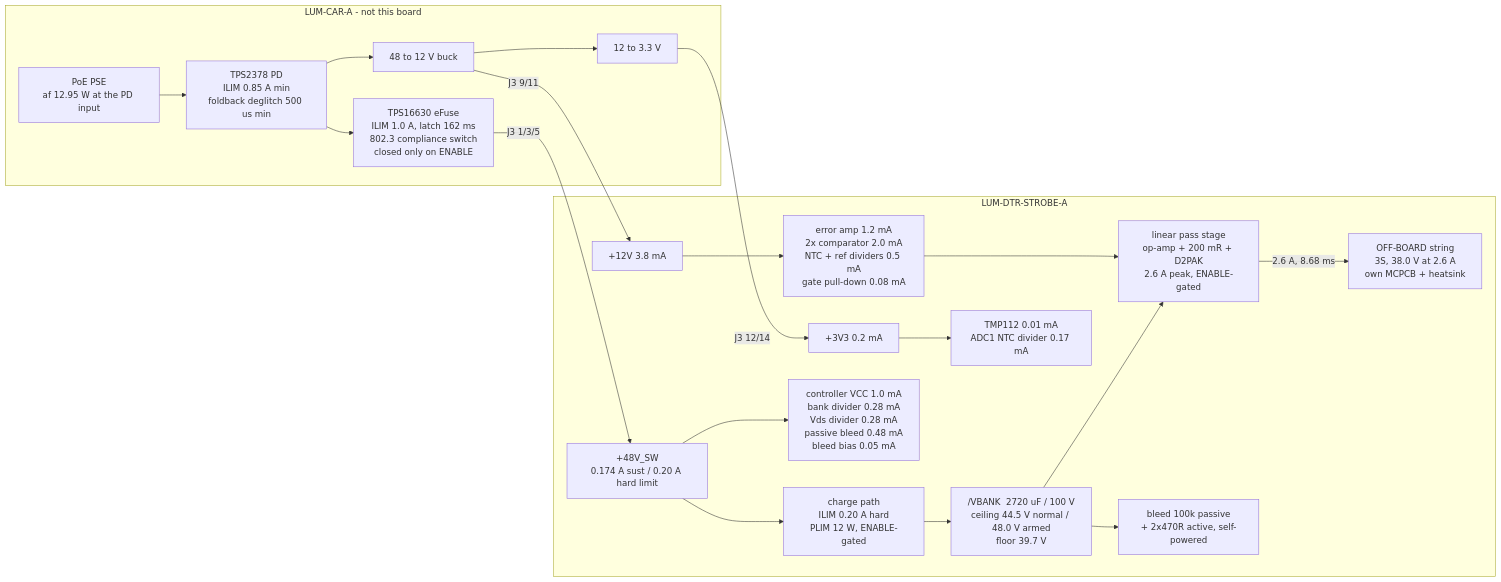
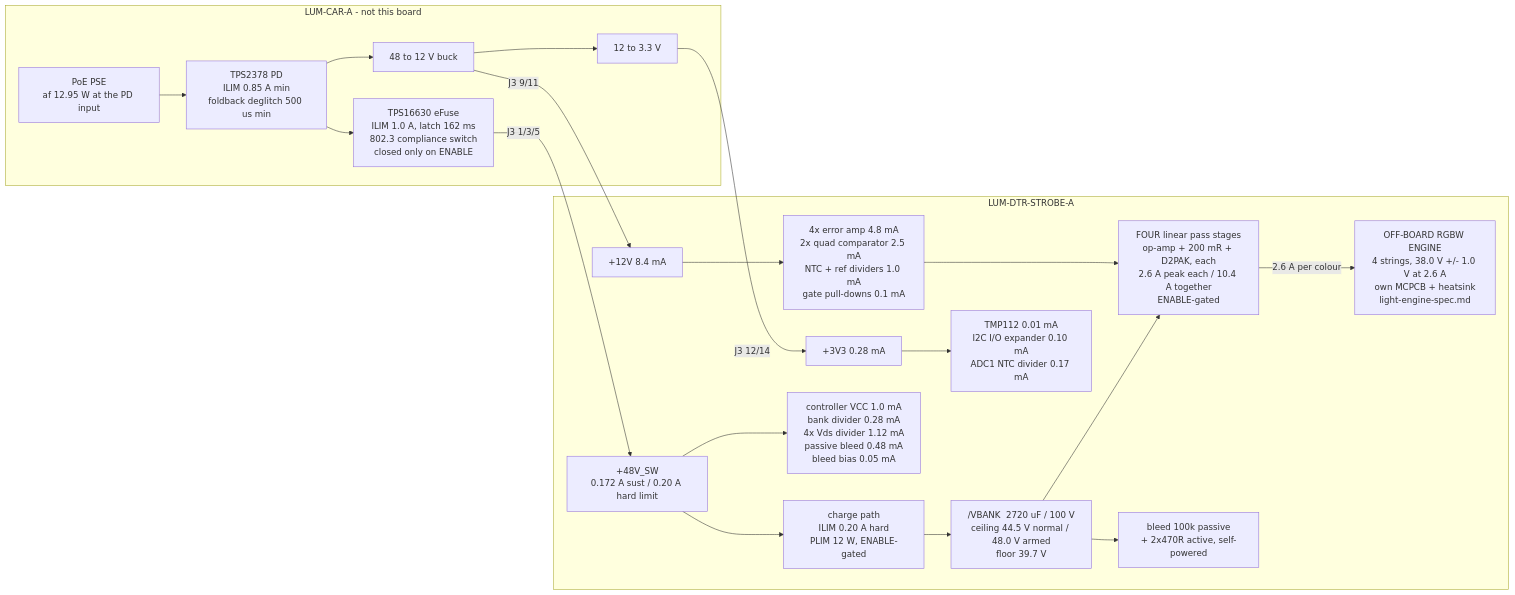
One commit to ihsan-sa/hwde changed the diagram in boards/lumina-strobe/architecture/power_tree.md. Above: the diagram before and after it, drawn with Mermaid. The commit also changed other lines of this file and 8 other files, not shown here.

First line of the commit message:
ai-ee lumina-strobe: P2 rev B (RGBW) + light-engine spec + P3 parts.json

````diff
--- a/boards/lumina-strobe/architecture/power_tree.md
+++ b/boards/lumina-strobe/architecture/power_tree.md
@@ -40,23 +54,23 @@
 ```mermaid
 flowchart LR
   subgraph CAR["LUM-CAR-A - not this board"]
     PSE["PoE PSE<br/>af 12.95 W at the PD input"] --> PD["TPS2378 PD<br/>ILIM 0.85 A min<br/>foldback deglitch 500 us min"]
     PD --> EF["TPS16630 eFuse<br/>ILIM 1.0 A, latch 162 ms<br/>802.3 compliance switch<br/>closed only on ENABLE"]
     PD --> BK["48 to 12 V buck"]
     BK --> R33["12 to 3.3 V"]
   end
-  EF -->|"J3 1/3/5"| N48["+48V_SW<br/>0.174 A sust / 0.20 A hard limit"]
-  BK -->|"J3 9/11"| N12["+12V  3.8 mA"]
-  R33 -->|"J3 12/14"| N33["+3V3  0.2 mA"]
+  EF -->|"J3 1/3/5"| N48["+48V_SW<br/>0.172 A sust / 0.20 A hard limit"]
+  BK -->|"J3 9/11"| N12["+12V  8.4 mA"]
+  R33 -->|"J3 12/14"| N33["+3V3  0.28 mA"]
   subgraph DTR["LUM-DTR-STROBE-A"]
     N48 --> CHG["charge path<br/>ILIM 0.20 A hard<br/>PLIM 12 W, ENABLE-gated"]
-    N48 --> HK48["controller VCC 1.0 mA<br/>bank divider 0.28 mA<br/>Vds divider 0.28 mA<br/>passive bleed 0.48 mA<br/>bleed bias 0.05 mA"]
+    N48 --> HK48["controller VCC 1.0 mA<br/>bank divider 0.28 mA<br/>4x Vds divider 1.12 mA<br/>passive bleed 0.48 mA<br/>bleed bias 0.05 mA"]
     CHG --> BANK["/VBANK  2720 uF / 100 V<br/>ceiling 44.5 V normal / 48.0 V armed<br/>floor 39.7 V"]
-    BANK --> PASS["linear pass stage<br/>op-amp + 200 mR + D2PAK<br/>2.6 A peak, ENABLE-gated"]
+    BANK --> PASS["FOUR linear pass stages<br/>op-amp + 200 mR + D2PAK, each<br/>2.6 A peak each / 10.4 A together<br/>ENABLE-gated"]
     BANK --> BLEED["bleed 100k passive<br/>+ 2x470R active, self-powered"]
-    PASS -->|"2.6 A, 8.68 ms"| LEDS["OFF-BOARD string<br/>3S, 38.0 V at 2.6 A<br/>own MCPCB + heatsink"]
-    N12 --> ANA["error amp 1.2 mA<br/>2x comparator 2.0 mA<br/>NTC + ref dividers 0.5 mA<br/>gate pull-down 0.08 mA"]
-    N33 --> TEL["TMP112 0.01 mA<br/>ADC1 NTC divider 0.17 mA"]
+    PASS -->|"2.6 A per colour"| LEDS["OFF-BOARD RGBW ENGINE<br/>4 strings, 38.0 V +/- 1.0 V at 2.6 A<br/>own MCPCB + heatsink<br/>light-engine-spec.md"]
+    N12 --> ANA["4x error amp 4.8 mA<br/>2x quad comparator 2.5 mA<br/>NTC + ref dividers 1.0 mA<br/>gate pull-downs 0.1 mA"]
+    N33 --> TEL["TMP112 0.01 mA<br/>I2C I/O expander 0.10 mA<br/>ADC1 NTC divider 0.17 mA"]
     ANA --> PASS
   end
 ```
````
